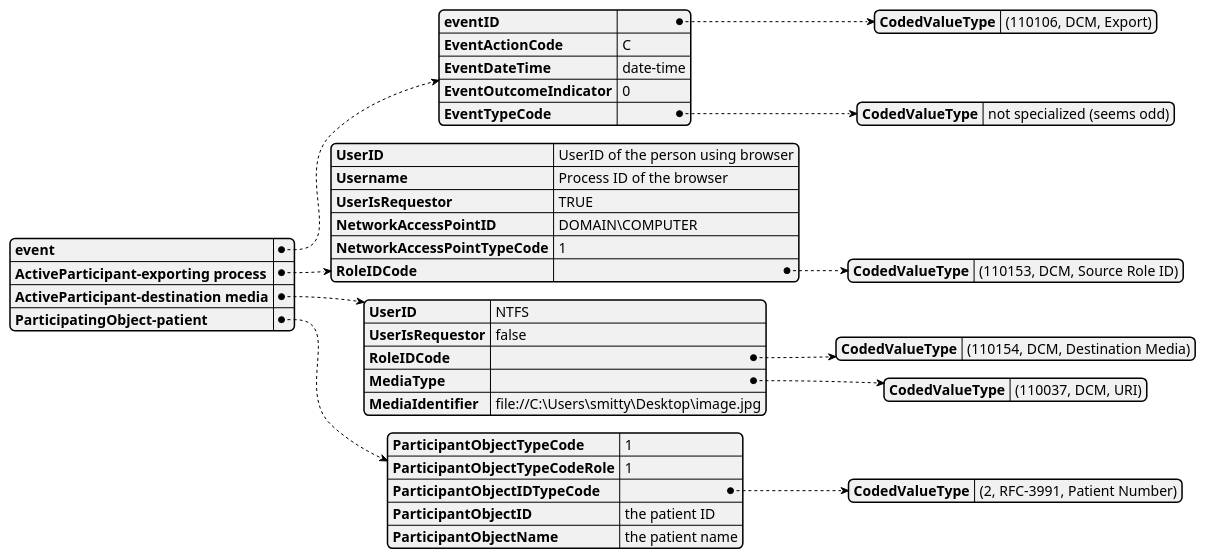
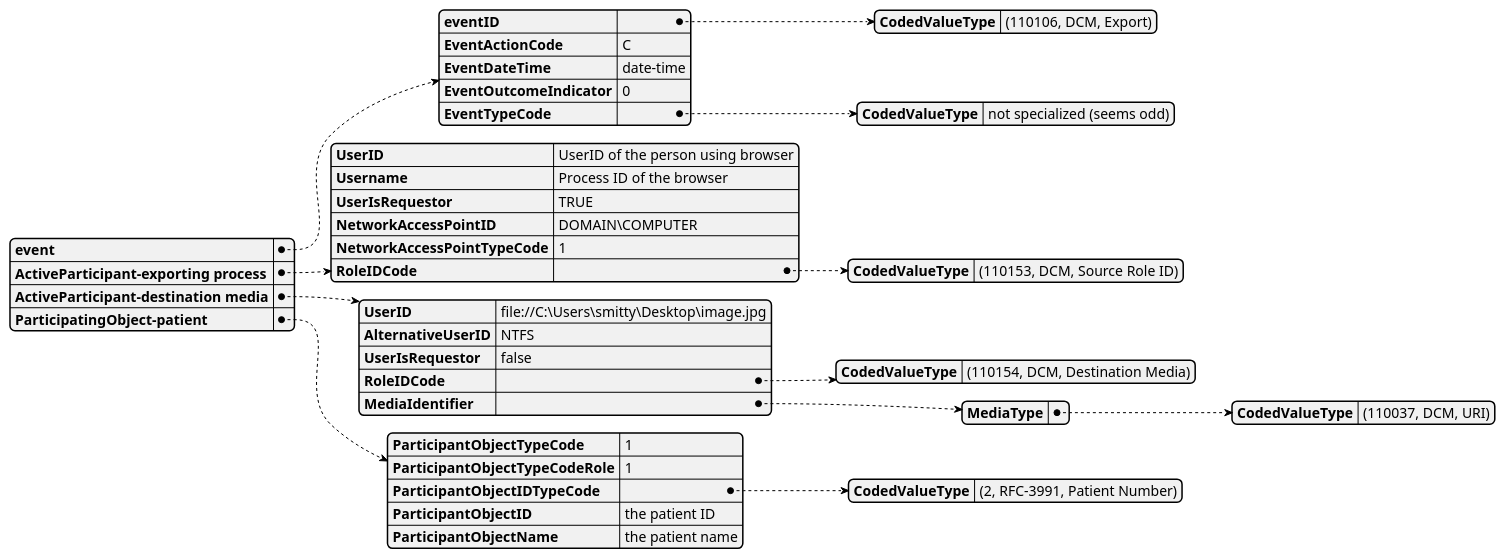
One commit to rjhorniii/wg14-audit-etc changed the diagram in diagrams/export-example-ww.x-1.puml. Above: the diagram before and after it, drawn with PlantUML. The commit also changed 3 other files, not shown here.

First line of the commit message:
Fix to match schema

```diff
--- a/diagrams/export-example-ww.x-1.puml
+++ b/diagrams/export-example-ww.x-1.puml
@@ -2,43 +2,45 @@
 @startjson
 {
 	"event": {
 	   "eventID" : {"CodedValueType" : "(110106, DCM, Export)"},
 	   "EventActionCode": "C",
 	   "EventDateTime" : "date-time",
 	   "EventOutcomeIndicator": "0",
 	   "EventTypeCode" : {
 	   	"CodedValueType" : "not specialized (seems odd)"
 		}
 	   },
 	"ActiveParticipant-exporting process" : {
 	   "UserID" : "UserID of the person using browser",
 	   "Username" : "Process ID of the browser",
 	   "UserIsRequestor" : "TRUE",
 	   "NetworkAccessPointID" : "DOMAIN\\COMPUTER",
 	   "NetworkAccessPointTypeCode" : "1",
 	   "RoleIDCode" : {
 	   	"CodedValueType" : "(110153, DCM, Source Role ID)"
 		}
 	   },
 	"ActiveParticipant-destination media" : {
-	   "UserID" : "NTFS",
+	   "UserID" : "file://C:\\Users\\smitty\\Desktop\\image.jpg",
+	   "AlternativeUserID" : "NTFS",
 	   "UserIsRequestor" : "false",
 	   "RoleIDCode" : {
 	   	"CodedValueType" : "(110154, DCM, Destination Media)"
 		},
-	   "MediaType" : {
+	   "MediaIdentifier" : {
+	        "MediaType" : {
 	        "CodedValueType" : "(110037, DCM, URI)"
-		},
-	   "MediaIdentifier" : "file://C:\\Users\\smitty\\Desktop\\image.jpg"
+		}
+	    }
 	   },
 	"ParticipatingObject-patient" : {
 	    "ParticipantObjectTypeCode" : 1,
 	    "ParticipantObjectTypeCodeRole" : 1,
 	    "ParticipantObjectIDTypeCode" : {
 	        "CodedValueType" : "(2, RFC-3991, Patient Number)"
 	        },
 	    "ParticipantObjectID" : "the patient ID",
 	    "ParticipantObjectName" : "the patient name"
 	   }
 }
 @endjson
```
